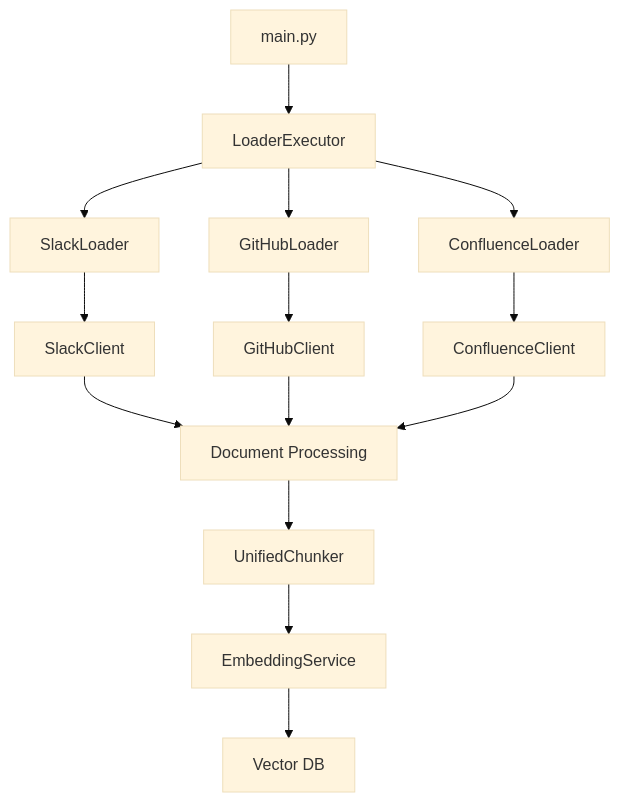
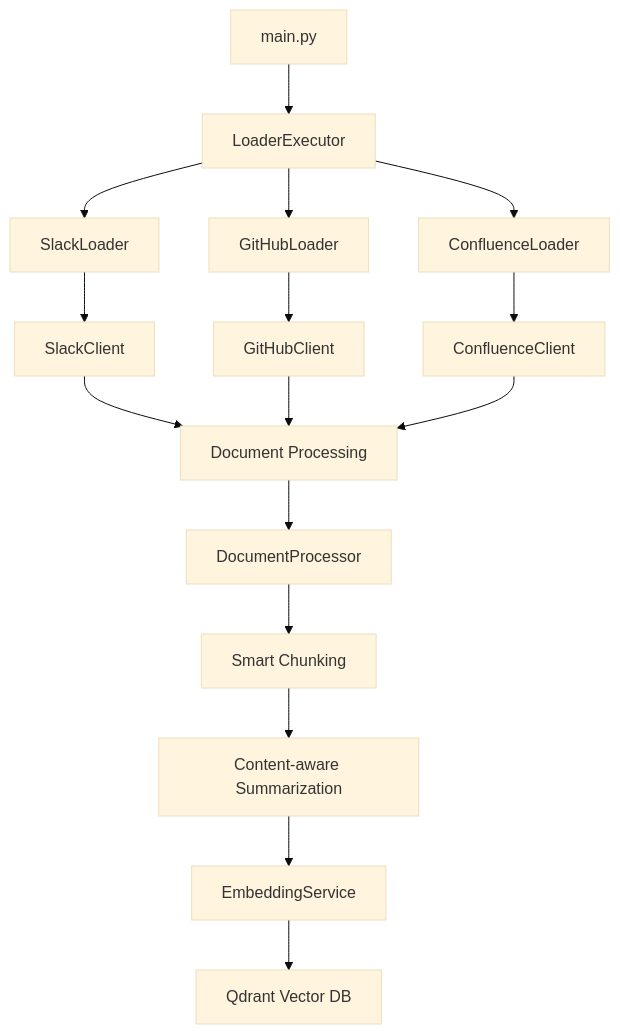
The diagram in docs/ARCHITECTURE.md (JeongJaeSoon/content-loader), drawn with Mermaid (base theme) before and after one commit. The commit also changed other lines of this file and 1 other file, not shown here.

Commit message:
✨ feat: Add detailed embedding and vector storage design documentation

````diff
--- a/docs/ARCHITECTURE.md
+++ b/docs/ARCHITECTURE.md
@@ -172,19 +185,21 @@
 ```mermaid
 graph TD
     A[main.py] --> B[LoaderExecutor]
     B --> C[SlackLoader]
     B --> D[GitHubLoader]
     B --> E[ConfluenceLoader]
 
     C --> F[SlackClient]
     D --> G[GitHubClient]
     E --> H[ConfluenceClient]
 
     F --> I[Document Processing]
     G --> I
     H --> I
 
-    I --> J[UnifiedChunker]
-    J --> K[EmbeddingService]
-    K --> L[Vector DB]
+    I --> J[DocumentProcessor]
+    J --> K[Smart Chunking]
+    K --> L[Content-aware Summarization]
+    L --> M[EmbeddingService]
+    M --> N[Qdrant Vector DB]
 ```
````
